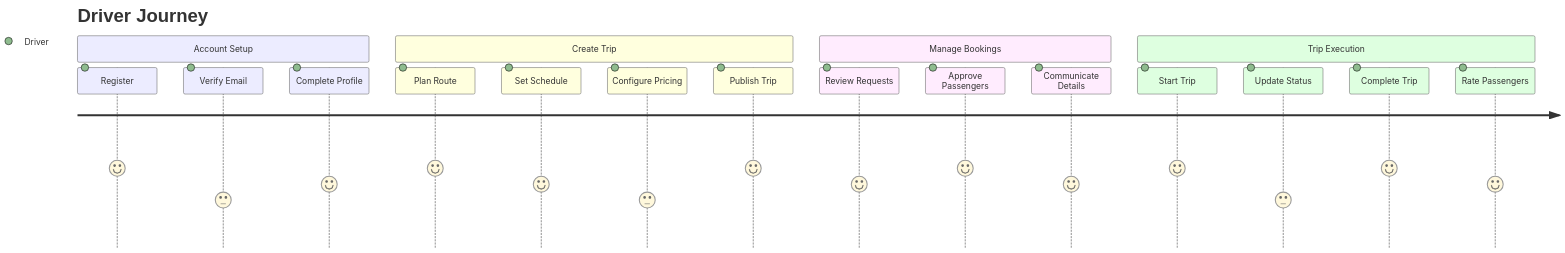
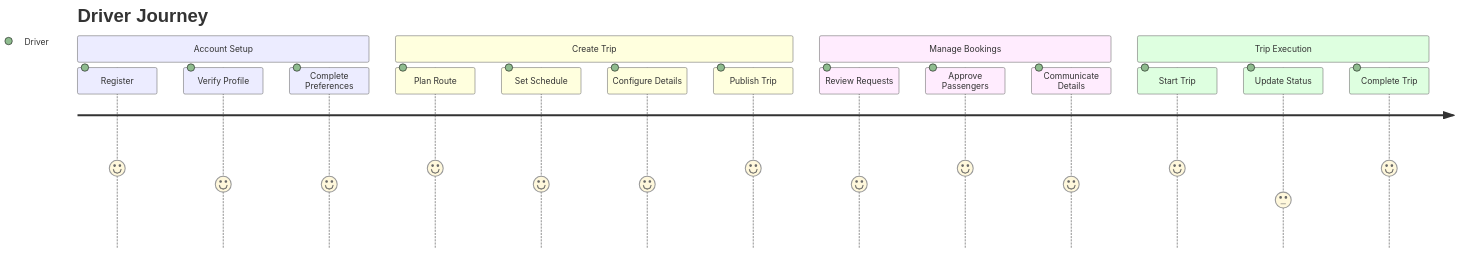
The second of 3 diagrams in docs/PROJECT_METADATA.md (vedprakash-m/carpool), drawn with Mermaid before and after one commit. The commit also changed other lines of this file and 16 other files, not shown here.

````diff
--- a/docs/PROJECT_METADATA.md
+++ b/docs/PROJECT_METADATA.md
@@ -175,22 +205,21 @@
 ```mermaid
 journey
     title Driver Journey
     section Account Setup
       Register: 5: Driver
-      Verify Email: 3: Driver
-      Complete Profile: 4: Driver
+      Verify Profile: 4: Driver
+      Complete Preferences: 4: Driver
     section Create Trip
       Plan Route: 5: Driver
       Set Schedule: 4: Driver
-      Configure Pricing: 3: Driver
+      Configure Details: 4: Driver
       Publish Trip: 5: Driver
     section Manage Bookings
       Review Requests: 4: Driver
       Approve Passengers: 5: Driver
       Communicate Details: 4: Driver
     section Trip Execution
       Start Trip: 5: Driver
       Update Status: 3: Driver
       Complete Trip: 5: Driver
-      Rate Passengers: 4: Driver
 ```
````
